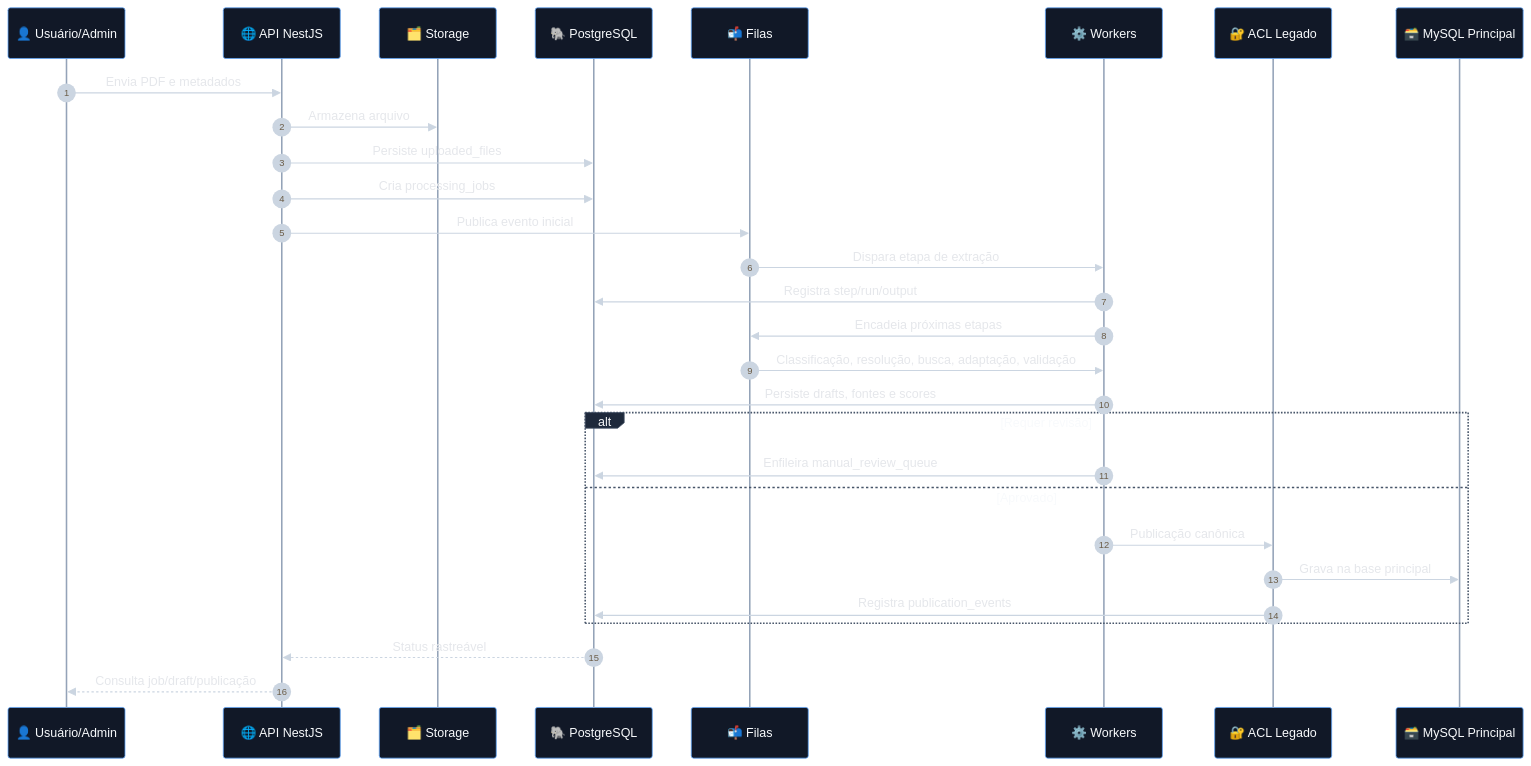
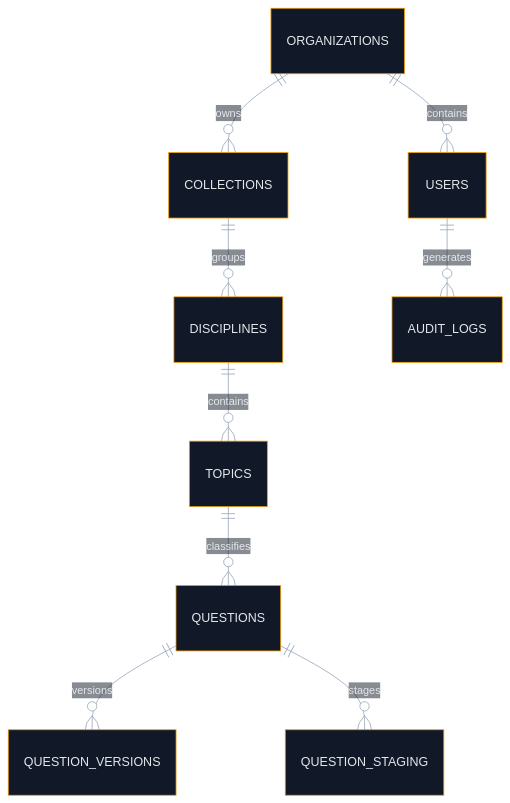
One commit to matheusdiamantino-betalent/IA changed the third of 6 diagrams in README.md. Above: the diagram before and after it, drawn with Mermaid. The commit also changed other lines of this file, not shown here.

````diff
--- a/README.md
+++ b/README.md
@@ -483,61 +481,25 @@
 ```mermaid
 %%{init: {
   "theme": "base",
   "themeVariables": {
-    "background": "#020617",
-    "primaryColor": "#0f172a",
+    "background": "#0b1220",
+    "primaryColor": "#111827",
     "primaryTextColor": "#e5e7eb",
-    "primaryBorderColor": "#475569",
-    "lineColor": "#94a3b8",
-    "secondaryColor": "#111827",
-    "secondaryTextColor": "#e2e8f0",
-    "secondaryBorderColor": "#60a5fa",
-    "tertiaryColor": "#1e293b",
-    "tertiaryTextColor": "#f8fafc",
-    "actorBkg": "#111827",
-    "actorTextColor": "#f8fafc",
-    "actorBorder": "#60a5fa",
-    "actorLineColor": "#94a3b8",
-    "signalColor": "#cbd5e1",
-    "signalTextColor": "#e5e7eb",
-    "labelBoxBkgColor": "#1e293b",
-    "labelBoxBorderColor": "#475569",
-    "labelTextColor": "#f3f4f6",
-    "loopTextColor": "#f8fafc",
-    "noteBkgColor": "#0f172a",
-    "noteTextColor": "#e2e8f0",
-    "noteBorderColor": "#a78bfa",
-    "fontSize": "14px"
+    "primaryBorderColor": "#f59e0b",
+    "secondaryColor": "#0f172a",
+    "secondaryTextColor": "#e5e7eb",
+    "tertiaryColor": "#111827",
+    "tertiaryTextColor": "#e5e7eb",
+    "lineColor": "#94a3b8"
   }
 }}%%
-sequenceDiagram
-    autonumber
-    participant U as 👤 Usuário/Admin
-    participant API as 🌐 API NestJS
-    participant ST as 🗂️ Storage
-    participant DB as 🐘 PostgreSQL
-    participant Q as 📬 Filas
-    participant W as ⚙️ Workers
-    participant ACL as 🔐 ACL Legado
-    participant LG as 🗃️ MySQL Principal
-
-    U->>API: Envia PDF e metadados
-    API->>ST: Armazena arquivo
-    API->>DB: Persiste uploaded_files
-    API->>DB: Cria processing_jobs
-    API->>Q: Publica evento inicial
-    Q->>W: Dispara etapa de extração
-    W->>DB: Registra step/run/output
-    W->>Q: Encadeia próximas etapas
-    Q->>W: Classificação, resolução, busca, adaptação, validação
-    W->>DB: Persiste drafts, fontes e scores
-    alt Requer revisão
-        W->>DB: Enfileira manual_review_queue
-    else Aprovado
-        W->>ACL: Publicação canônica
-        ACL->>LG: Grava na base principal
-        ACL->>DB: Registra publication_events
-    end
-    DB-->>API: Status rastreável
-    API-->>U: Consulta job/draft/publicação
+erDiagram
+    ORGANIZATIONS ||--o{ USERS : contains
+    ORGANIZATIONS ||--o{ COLLECTIONS : owns
+    COLLECTIONS ||--o{ DISCIPLINES : groups
+    DISCIPLINES ||--o{ TOPICS : contains
+    TOPICS ||--o{ QUESTIONS : classifies
+    QUESTIONS ||--o{ QUESTION_VERSIONS : versions
+    QUESTIONS ||--o{ QUESTION_STAGING : stages
+    USERS ||--o{ AUDIT_LOGS : generates
 ```
````
